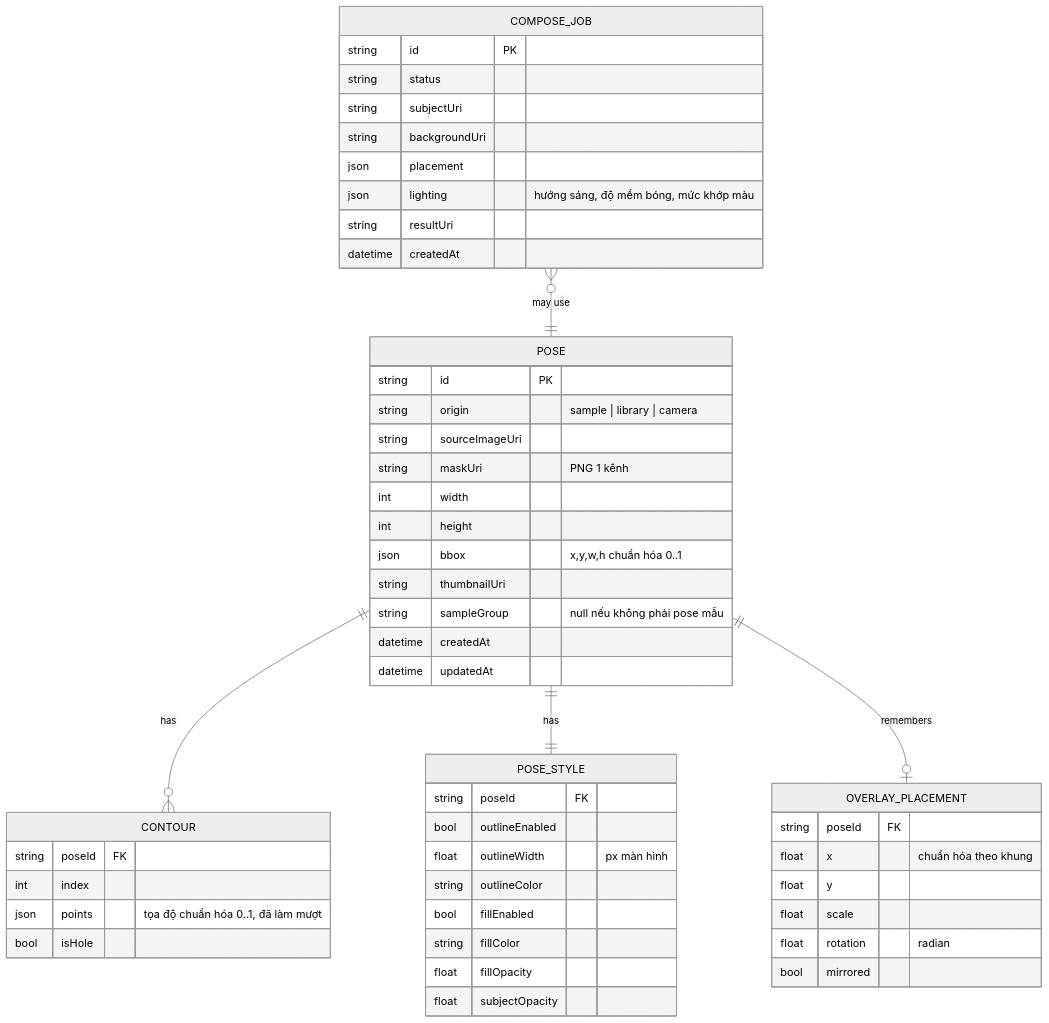
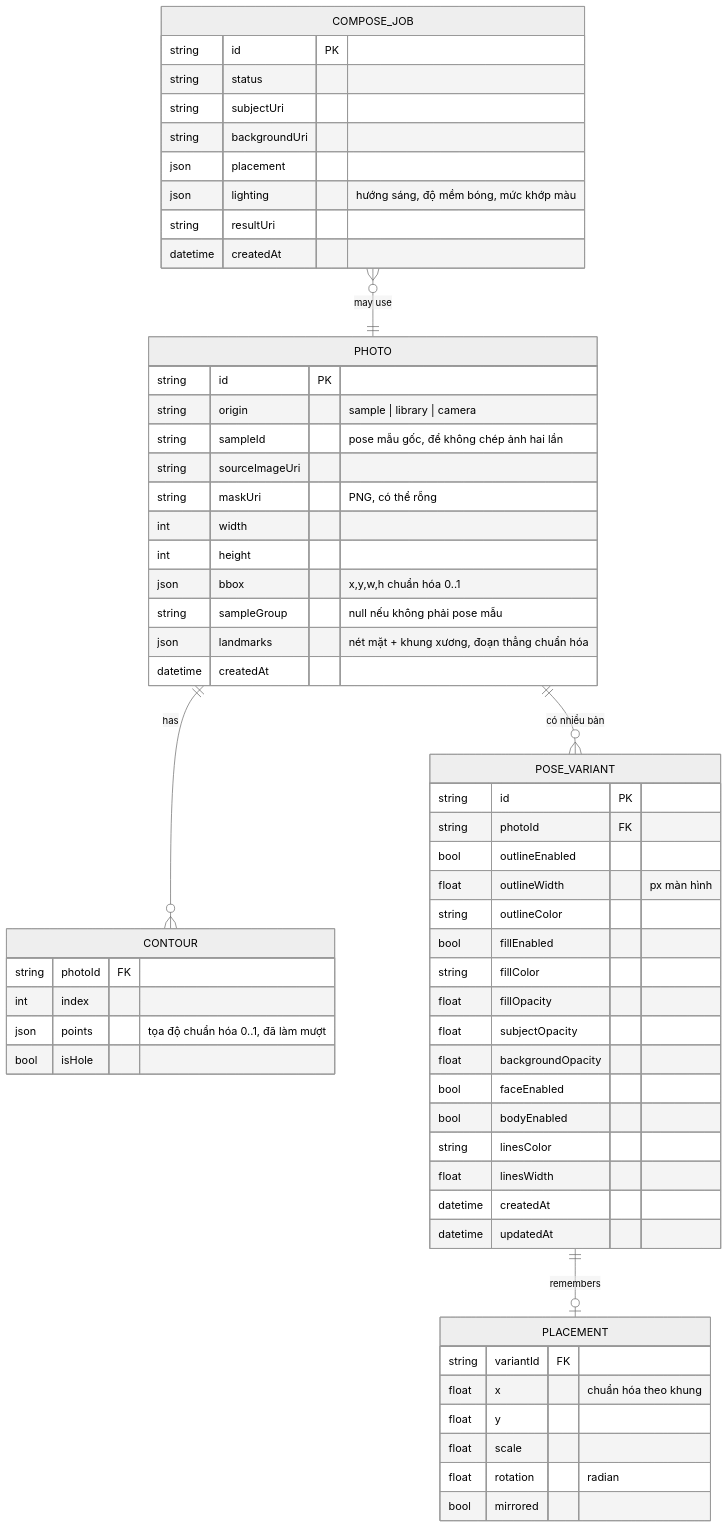
Before and after one commit to tktnq2004/TakeASnap: the fifth of 7 diagrams in docs/business-flow.md, drawn with Mermaid (neutral theme). The commit also changed other lines of this file and 18 other files, not shown here.

First line of the commit message:
feat(pose): nét mặt, nét tay chân, nền caro, độ hiện nền, nhiều bản pose

````diff
--- a/docs/business-flow.md
+++ b/docs/business-flow.md
@@ -268,55 +279,63 @@
 ```mermaid
 erDiagram
-    POSE ||--o{ CONTOUR : has
-    POSE ||--|| POSE_STYLE : has
-    POSE ||--o| OVERLAY_PLACEMENT : remembers
-    COMPOSE_JOB }o--|| POSE : "may use"
+    PHOTO ||--o{ CONTOUR : has
+    PHOTO ||--o{ POSE_VARIANT : "có nhiều bản"
+    POSE_VARIANT ||--o| PLACEMENT : remembers
+    COMPOSE_JOB }o--|| PHOTO : "may use"
 
-    POSE {
+    PHOTO {
         string id PK
         string origin "sample | library | camera"
+        string sampleId "pose mẫu gốc, để không chép ảnh hai lần"
         string sourceImageUri
-        string maskUri "PNG 1 kênh"
+        string maskUri "PNG, có thể rỗng"
         int width
         int height
         json bbox "x,y,w,h chuẩn hóa 0..1"
-        string thumbnailUri
         string sampleGroup "null nếu không phải pose mẫu"
+        json landmarks "nét mặt + khung xương, đoạn thẳng chuẩn hóa"
         datetime createdAt
-        datetime updatedAt
     }
     CONTOUR {
-        string poseId FK
+        string photoId FK
         int index
         json points "tọa độ chuẩn hóa 0..1, đã làm mượt"
         bool isHole
     }
-    POSE_STYLE {
-        string poseId FK
+    POSE_VARIANT {
+        string id PK
+        string photoId FK
         bool outlineEnabled
         float outlineWidth "px màn hình"
         string outlineColor
         bool fillEnabled
         string fillColor
         float fillOpacity
         float subjectOpacity
+        float backgroundOpacity
+        bool faceEnabled
+        bool bodyEnabled
+        string linesColor
+        float linesWidth
+        datetime createdAt
+        datetime updatedAt
     }
-    OVERLAY_PLACEMENT {
-        string poseId FK
+    PLACEMENT {
+        string variantId FK
         float x "chuẩn hóa theo khung"
         float y
         float scale
         float rotation "radian"
         bool mirrored
     }
     COMPOSE_JOB {
         string id PK
         string status
         string subjectUri
         string backgroundUri
         json placement
         json lighting "hướng sáng, độ mềm bóng, mức khớp màu"
         string resultUri
         datetime createdAt
     }
 ```
````
